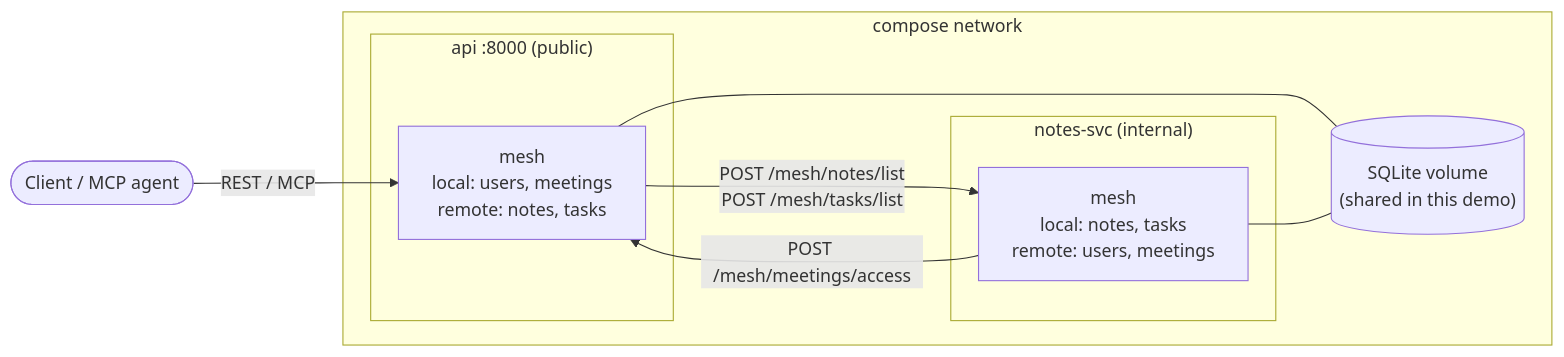
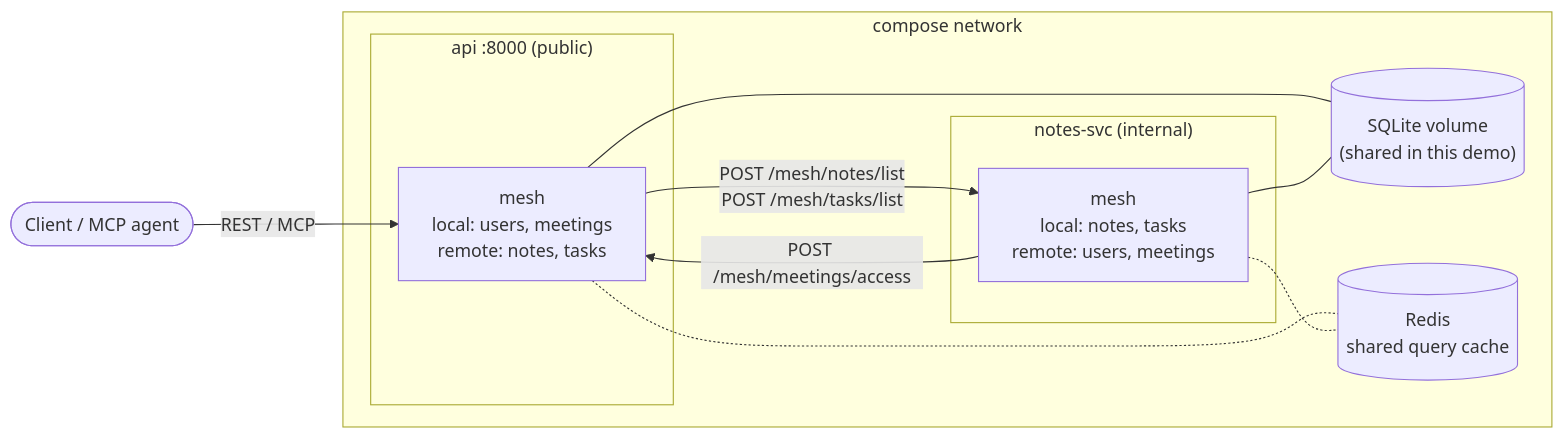
One commit to gastonelhordoy/backend-interview changed the fourth of 7 diagrams in docs/mesh.md. Above: the diagram before and after it, drawn with Mermaid. The commit also changed other lines of this file and 12 other files, not shown here.

First line of the commit message:
Add RedisCache as a distributed cache for the mesh

````diff
--- a/docs/mesh.md
+++ b/docs/mesh.md
@@ -223,20 +223,23 @@
 ```mermaid
 flowchart LR
     client(["Client / MCP agent"])
 
     subgraph net["compose network"]
         subgraph api["api :8000 (public)"]
             apiMesh["mesh<br/>local: users, meetings<br/>remote: notes, tasks"]
         end
         subgraph svc["notes-svc (internal)"]
             svcMesh["mesh<br/>local: notes, tasks<br/>remote: users, meetings"]
         end
         db[("SQLite volume<br/>(shared in this demo)")]
+        redis[("Redis<br/>shared query cache")]
     end
 
     client -- "REST / MCP" --> apiMesh
     apiMesh -- "POST /mesh/notes/list<br/>POST /mesh/tasks/list" --> svcMesh
     svcMesh -- "POST /mesh/meetings/access" --> apiMesh
     apiMesh --- db
     svcMesh --- db
+    apiMesh -.- redis
+    svcMesh -.- redis
 ```
````
